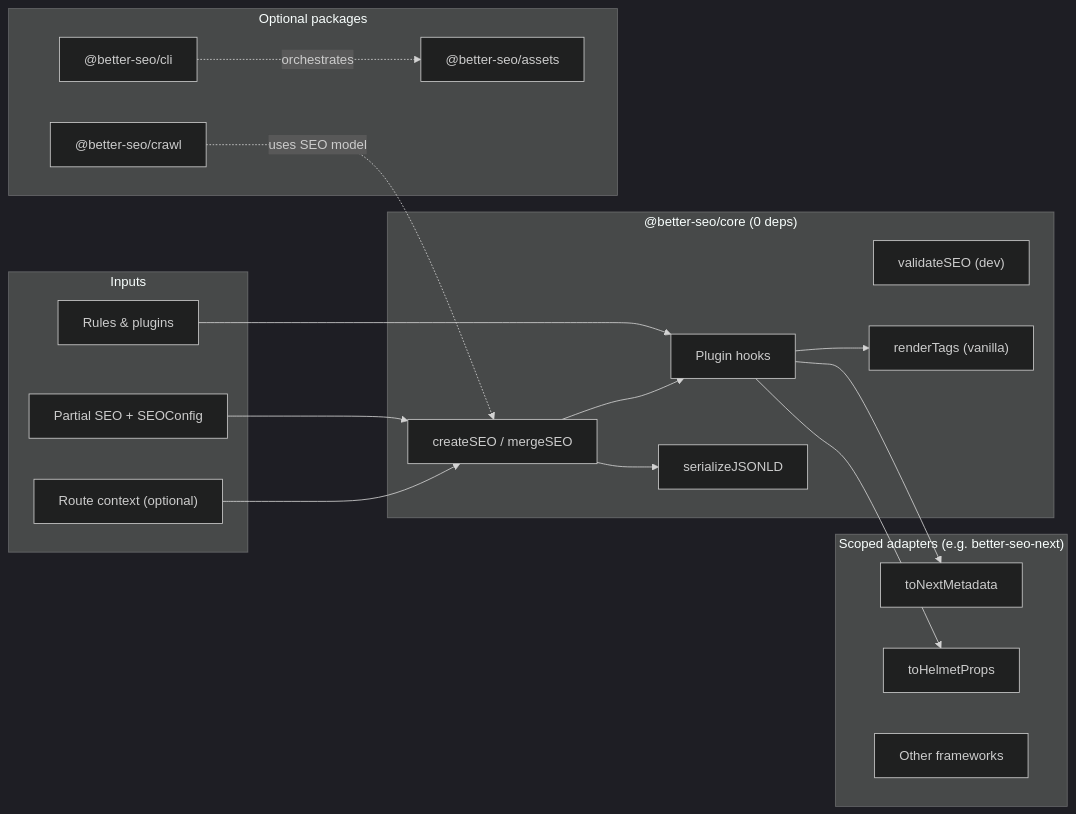
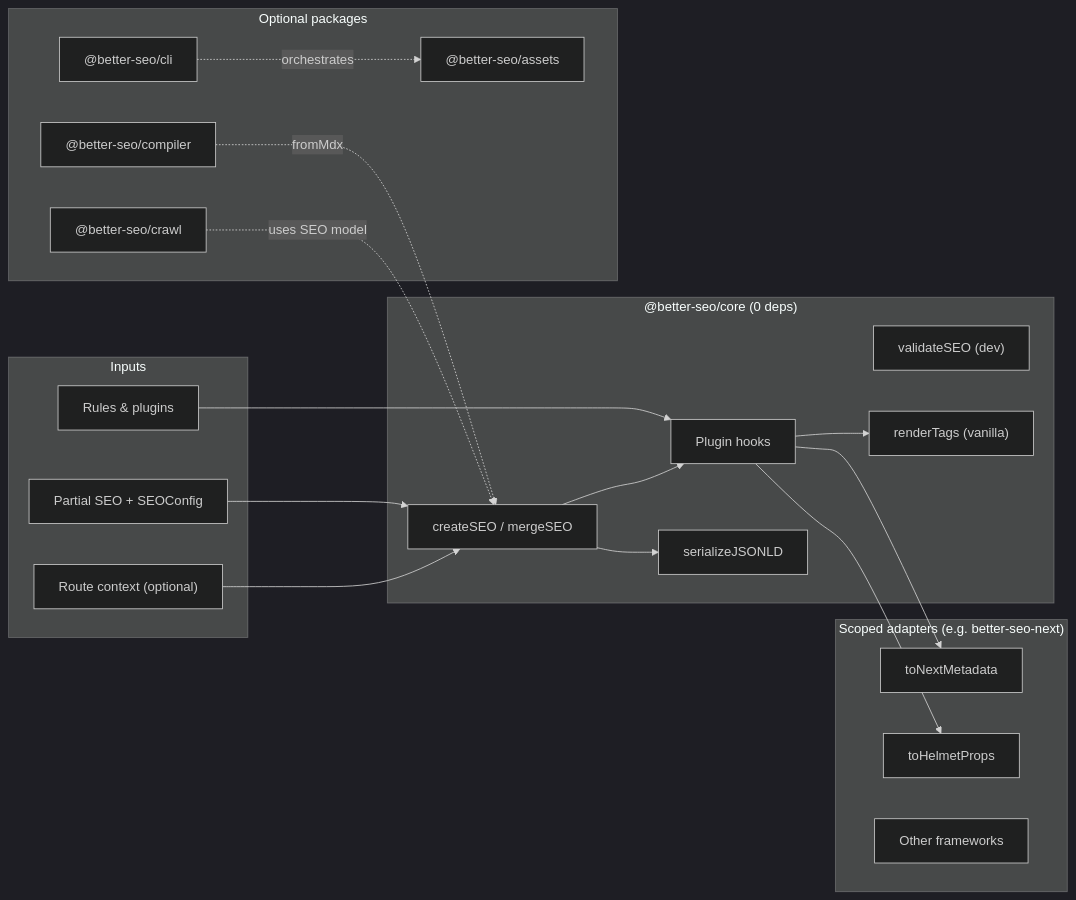
Before and after one commit to Divad2792/better-seo-js: the diagram in internal-docs/ARCHITECTURE.md, drawn with Mermaid (dark theme). The commit also changed other lines of this file and 39 other files, not shown here.

````diff
--- a/internal-docs/ARCHITECTURE.md
+++ b/internal-docs/ARCHITECTURE.md
@@ -24,39 +24,41 @@
 ```mermaid
 flowchart LR
   subgraph inputs [Inputs]
     I1["Partial SEO + SEOConfig"]
     I2["Rules & plugins"]
     I3["Route context (optional)"]
   end
 
   subgraph bscore ["@better-seo/core (0 deps)"]
     C["createSEO / mergeSEO"]
     P["Plugin hooks"]
     S["serializeJSONLD"]
     V["validateSEO (dev)"]
     R["renderTags (vanilla)"]
   end
 
   subgraph adapters ["Scoped adapters (e.g. better-seo-next)"]
     N["toNextMetadata"]
     RH["toHelmetProps"]
     O["Other frameworks"]
   end
 
   subgraph optional [Optional packages]
     A["@better-seo/assets"]
+    M["@better-seo/compiler"]
     L["@better-seo/cli"]
     W["@better-seo/crawl"]
   end
 
   I1 --> C
   I2 --> P
   I3 --> C
   C --> P
   P --> N
   P --> RH
   P --> R
   C --> S
   L -.->|"orchestrates"| A
+  M -.->|"fromMdx"| C
   W -.->|"uses SEO model"| C
 ```
````
